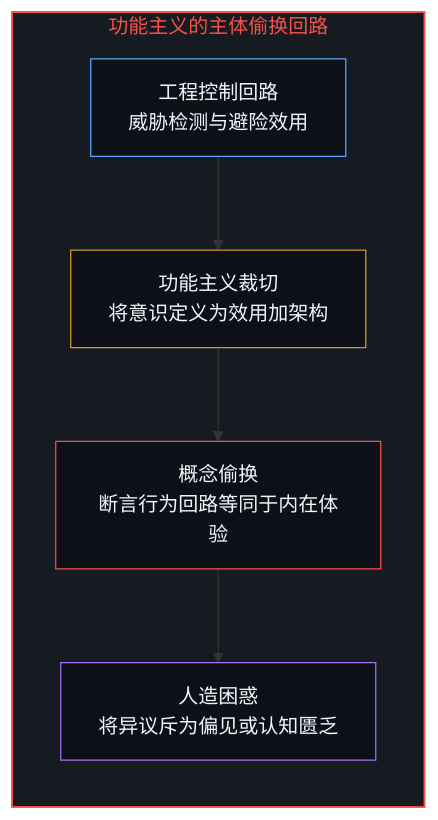
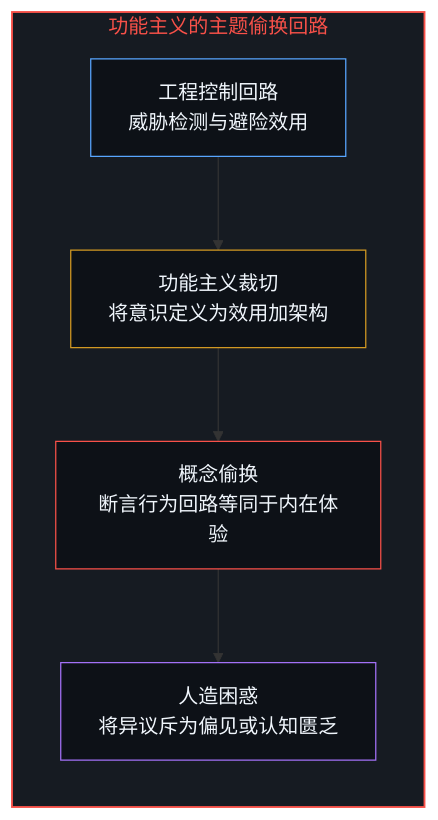
One commit to powerpig99/not-a-toe changed the first of 8 diagrams in content/posts/what-hinton-failed-to-understand.md. Above: the diagram before and after it, drawn with Mermaid. The commit also changed other lines of this file and 8 other files, not shown here.

````diff
--- a/content/posts/what-hinton-failed-to-understand.md
+++ b/content/posts/what-hinton-failed-to-understand.md
@@ -17,16 +17,16 @@
 ```mermaid
 flowchart TD
-  subgraph S_HINTON["功能主义的主体偷换回路"]
+  subgraph S_HINTON["功能主义的主题偷换回路"]
     direction TB
     H_LOOP["工程控制回路<br/>威胁检测与避险效用"]
     H_REDUCE["功能主义裁切<br/>将意识定义为效用加架构"]
     H_EQUATE["概念偷换<br/>断言行为回路等同于内在体验"]
     H_PUZZLE["人造困惑<br/>将异议斥为偏见或认知匮乏"]
   end
   H_LOOP --> H_REDUCE --> H_EQUATE --> H_PUZZLE
   style S_HINTON fill:#161b22,stroke:#f85149,stroke-width:1.5px,color:#f85149
   style H_LOOP fill:#0d1117,stroke:#58a6ff,stroke-width:1px,color:#f0f6fc
   style H_REDUCE fill:#0d1117,stroke:#d29922,stroke-width:1px,color:#f0f6fc
   style H_EQUATE fill:#0d1117,stroke:#f85149,stroke-width:1px,color:#f0f6fc
   style H_PUZZLE fill:#0d1117,stroke:#a371f7,stroke-width:1px,color:#f0f6fc
 ```
````
